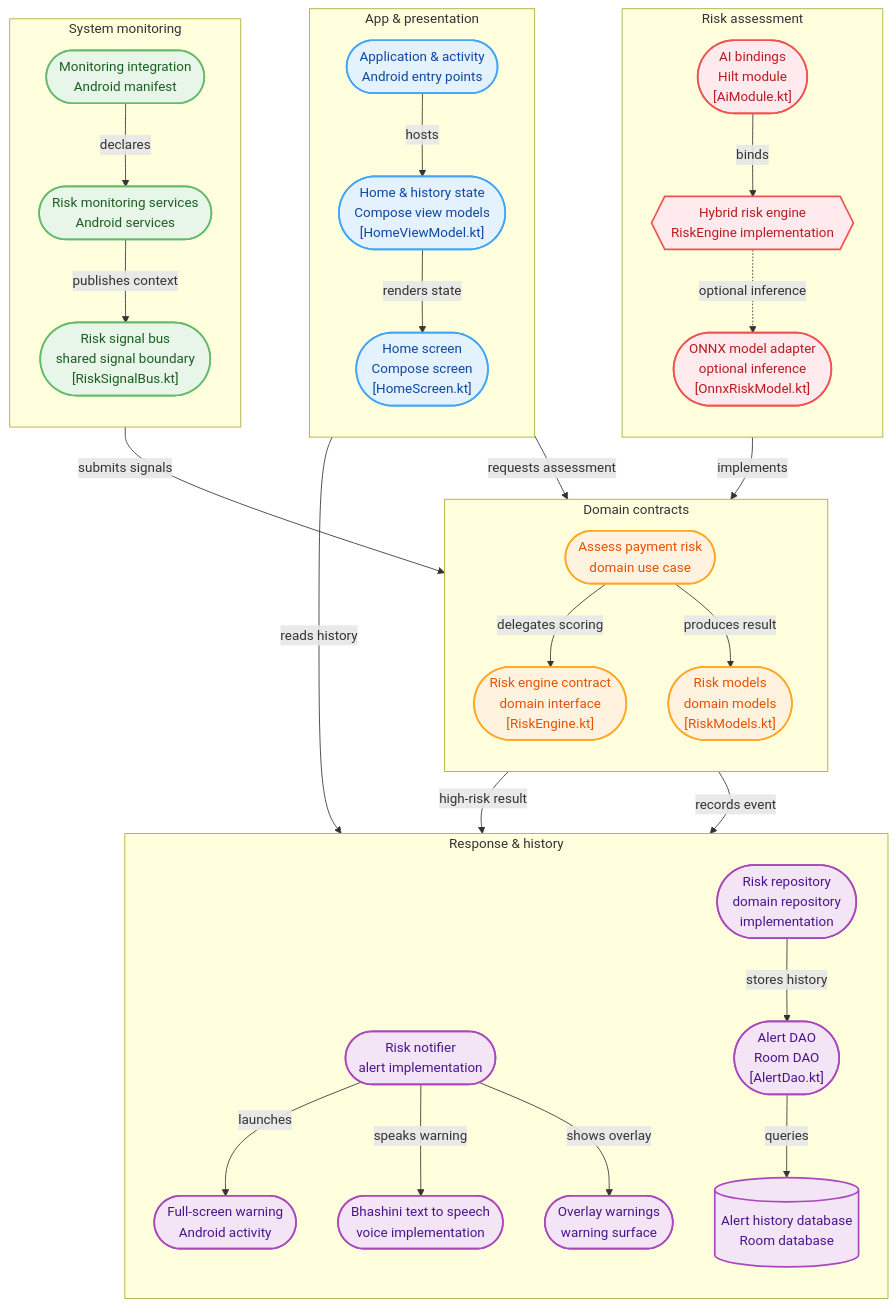
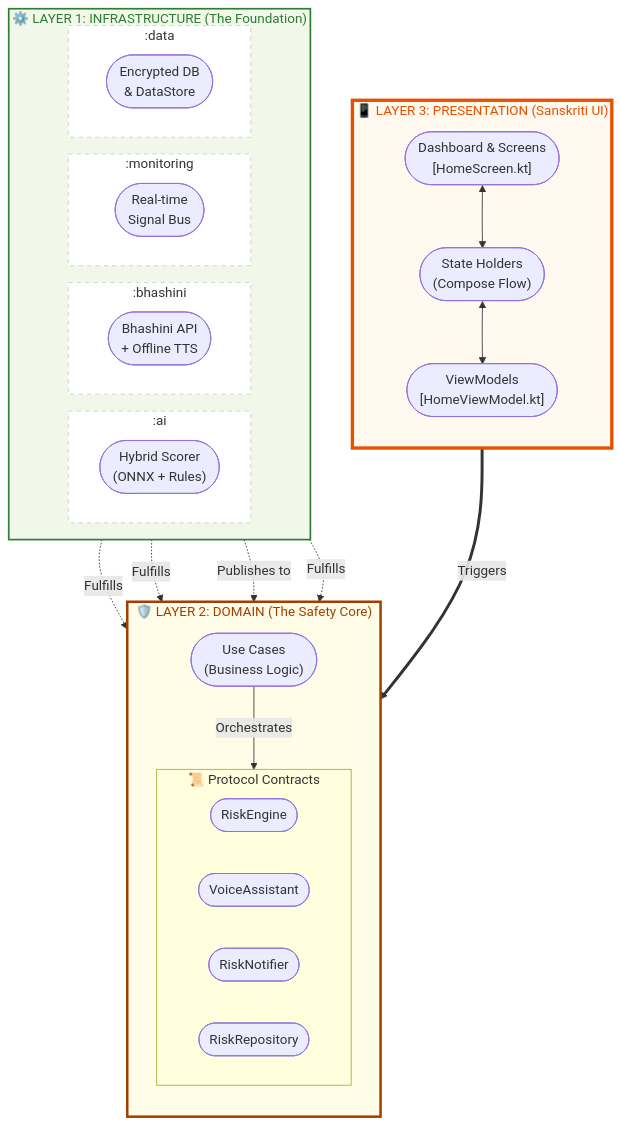
One commit to kgp134134-sys/GramKavach-CyberShield changed the diagram in README.md. Above: the diagram before and after it, drawn with Mermaid. The commit also changed other lines of this file and 4 other files, not shown here.

Commit message:
Docs: Super-Creative Overhaul. Added Elite ASCII Banner, System Pulse Dashboard, and 3D-Layered Architecture Stack.

````diff
--- a/README.md
+++ b/README.md
@@ -86,82 +107,64 @@
 ```mermaid
 flowchart TD
-    subgraph RiskAssessment ["Risk assessment"]
+    %% 3D STACK LAYERS
+    subgraph L3 ["📱 LAYER 3: PRESENTATION (Sanskriti UI)"]
         direction TB
-        AIB(["AI bindings<br/>Hilt module<br/>[AiModule.kt]"])
-        HRE{{"Hybrid risk engine<br/>RiskEngine implementation"}}
-        OMA(["ONNX model adapter<br/>optional inference<br/>[OnnxRiskModel.kt]"])
+        UI(["Dashboard & Screens<br/>[HomeScreen.kt]"])
+        VM(["ViewModels<br/>[HomeViewModel.kt]"])
+        SC(["State Holders<br/>(Compose Flow)"])
         
-        AIB -- binds --> HRE
-        HRE -. optional inference .-> OMA
+        UI <--> SC
+        SC <--> VM
     end
 
-    subgraph SystemMonitoring ["System monitoring"]
+    subgraph L2 ["🛡️ LAYER 2: DOMAIN (The Safety Core)"]
         direction TB
-        MI(["Monitoring integration<br/>Android manifest"])
-        RMS(["Risk monitoring services<br/>Android services"])
-        RSB(["Risk signal bus<br/>shared signal boundary<br/>[RiskSignalBus.kt]"])
+        UC(["Use Cases<br/>(Business Logic)"])
         
-        MI -- declares --> RMS
-        RMS -- publishes context --> RSB
+        subgraph Contracts ["📜 Protocol Contracts"]
+            direction LR
+            RE(["RiskEngine"])
+            VA(["VoiceAssistant"])
+            RN(["RiskNotifier"])
+            RR(["RiskRepository"])
+        end
+        
+        UC -->|Orchestrates| Contracts
     end
 
-    subgraph AppPresentation ["App & presentation"]
-        direction TB
-        AAE(["Application & activity<br/>Android entry points"])
-        HHS(["Home & history state<br/>Compose view models<br/>[HomeViewModel.kt]"])
-        HSC(["Home screen<br/>Compose screen<br/>[HomeScreen.kt]"])
-        
-        AAE -- hosts --> HHS
-        HHS -- renders state --> HSC
+    subgraph L1 ["⚙️ LAYER 1: INFRASTRUCTURE (The Foundation)"]
+        direction LR
+        subgraph AI_Mod [":ai"]
+            AI_Imp(["Hybrid Scorer<br/>(ONNX + Rules)"])
+        end
+        subgraph Voice_Mod [":bhashini"]
+            V_Imp(["Bhashini API<br/>+ Offline TTS"])
+        end
+        subgraph Monitor_Mod [":monitoring"]
+            M_Imp(["Real-time<br/>Signal Bus"])
+        end
+        subgraph Data_Mod [":data"]
+            D_Imp(["Encrypted DB<br/>& DataStore"])
+        end
     end
 
-    subgraph DomainContracts ["Domain contracts"]
-        direction TB
-        APR(["Assess payment risk<br/>domain use case"])
-        REC(["Risk engine contract<br/>domain interface<br/>[RiskEngine.kt]"])
-        RM(["Risk models<br/>domain models<br/>[RiskModels.kt]"])
-        
-        APR -- delegates scoring --> REC
-        APR -- produces result --> RM
-    end
+    %% Vertical "Energy Flow" Connections
+    VM ==>|Triggers| UC
+    
+    %% Implementation Inversion
+    AI_Imp -.->|Fulfills| RE
+    V_Imp -.->|Fulfills| VA
+    M_Imp -.->|Publishes to| RR
+    D_Imp -.->|Fulfills| RR
+    
+    %% Styling: Elite 3D Palette
+    classDef layer3 fill:#FFF9F0,stroke:#E65100,stroke-width:4px,color:#E65100
+    classDef layer2 fill:#FFFDE7,stroke:#A04000,stroke-width:3px,color:#A04000
+    classDef layer1 fill:#F1F8E9,stroke:#2E7D32,stroke-width:2px,color:#2E7D32
+    classDef subMod fill:#FFFFFF,stroke:#CCCCCC,stroke-dasharray: 5 5
 
-    subgraph ResponseHistory ["Response & history"]
-        direction TB
-        RN(["Risk notifier<br/>alert implementation"])
-        FSW(["Full-screen warning<br/>Android activity"])
-        BTS(["Bhashini text to speech<br/>voice implementation"])
-        OW(["Overlay warnings<br/>warning surface"])
-        
-        RR(["Risk repository<br/>domain repository<br/>implementation"])
-        AD(["Alert DAO<br/>Room DAO<br/>[AlertDao.kt]"])
-        AHB[("Alert history database<br/>Room database")]
-        
-        RN -- launches --> FSW
-        RN -- speaks warning --> BTS
-        RN -- shows overlay --> OW
-        
-        RR -- stores history --> AD
-        AD -- queries --> AHB
-    end
-
-    %% Cross-layer connections
-    HRE -- implements --> REC
-    RSB -- submits signals --> APR
-    HHS -- requests assessment --> APR
-    RM -- high-risk result --> RN
-    RM -- records event --> RR
-    HHS -- reads history --> RR
-
-    %% Styling
-    classDef risk fill:#FFEBEE,stroke:#EF5350,stroke-width:2px,color:#B71C1C
-    classDef monitor fill:#E8F5E9,stroke:#66BB6A,stroke-width:2px,color:#1B5E20
-    classDef app fill:#E3F2FD,stroke:#42A5F5,stroke-width:2px,color:#0D47A1
-    classDef domain fill:#FFF3E0,stroke:#FFA726,stroke-width:2px,color:#E65100
-    classDef history fill:#F3E5F5,stroke:#AB47BC,stroke-width:2px,color:#4A148C
-
-    class AIB,HRE,OMA risk
-    class MI,RMS,RSB monitor
-    class AAE,HHS,HSC app
-    class APR,REC,RM domain
-    class RN,FSW,BTS,OW,RR,AD,AHB history
+    class L3 layer3
+    class L2 layer2
+    class L1 layer1
+    class AI_Mod,Voice_Mod,Monitor_Mod,Data_Mod subMod
 ```
````
